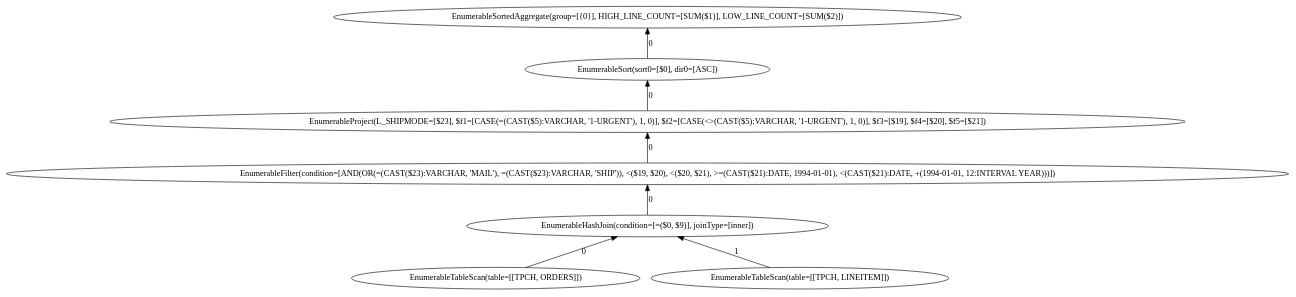
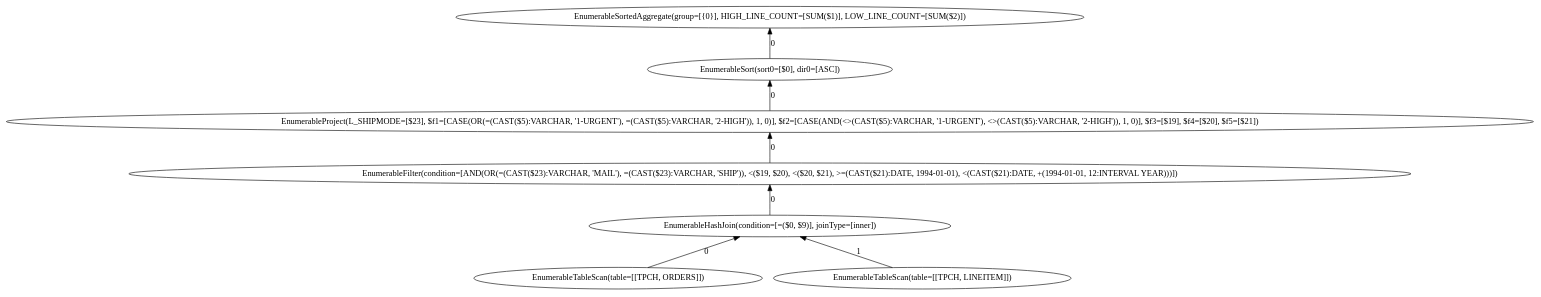
The diagram in frontend/tpch/q12/plans/structure_2_4_default.dot (alicia-lyu/leanstore), drawn with Graphviz before and after one commit. The commit also changed 2 other files, not shown here.

Commit message:
Fix Q12 CASE expressions to match TPC-H spec for HIGH/LOW_LINE_COUNT
HIGH_LINE_COUNT now counts '1-URGENT' OR '2-HIGH' orders; LOW_LINE_COUNT
counts everything else (AND of two <> conditions), per TPC-H Q12 spec.

```diff
--- a/frontend/tpch/q12/plans/structure_2_4_default.dot
+++ b/frontend/tpch/q12/plans/structure_2_4_default.dot
@@ -1,16 +1,16 @@
 digraph {
   rankdir=BT;
   n0 [label="EnumerableSortedAggregate(group=[{0}], HIGH_LINE_COUNT=[SUM($1)], LOW_LINE_COUNT=[SUM($2)])"];
   n1 [label="EnumerableSort(sort0=[$0], dir0=[ASC])"];
-  n2 [label="EnumerableProject(L_SHIPMODE=[$23], $f1=[CASE(=(CAST($5):VARCHAR, '1-URGENT'), 1, 0)], $f2=[CASE(<>(CAST($5):VARCHAR, '1-URGENT'), 1, 0)], $f3=[$19], $f4=[$20], $f5=[$21])"];
+  n2 [label="EnumerableProject(L_SHIPMODE=[$23], $f1=[CASE(OR(=(CAST($5):VARCHAR, '1-URGENT'), =(CAST($5):VARCHAR, '2-HIGH')), 1, 0)], $f2=[CASE(AND(<>(CAST($5):VARCHAR, '1-URGENT'), <>(CAST($5):VARCHAR, '2-HIGH')), 1, 0)], $f3=[$19], $f4=[$20], $f5=[$21])"];
   n3 [label="EnumerableFilter(condition=[AND(OR(=(CAST($23):VARCHAR, 'MAIL'), =(CAST($23):VARCHAR, 'SHIP')), <($19, $20), <($20, $21), >=(CAST($21):DATE, 1994-01-01), <(CAST($21):DATE, +(1994-01-01, 12:INTERVAL YEAR)))])"];
   n4 [label="EnumerableHashJoin(condition=[=($0, $9)], joinType=[inner])"];
   n5 [label="EnumerableTableScan(table=[[TPCH, ORDERS]])"];
   n6 [label="EnumerableTableScan(table=[[TPCH, LINEITEM]])"];
   n5 -> n4 [label="0"];
   n6 -> n4 [label="1"];
   n4 -> n3 [label="0"];
   n3 -> n2 [label="0"];
   n2 -> n1 [label="0"];
   n1 -> n0 [label="0"];
 }
```
